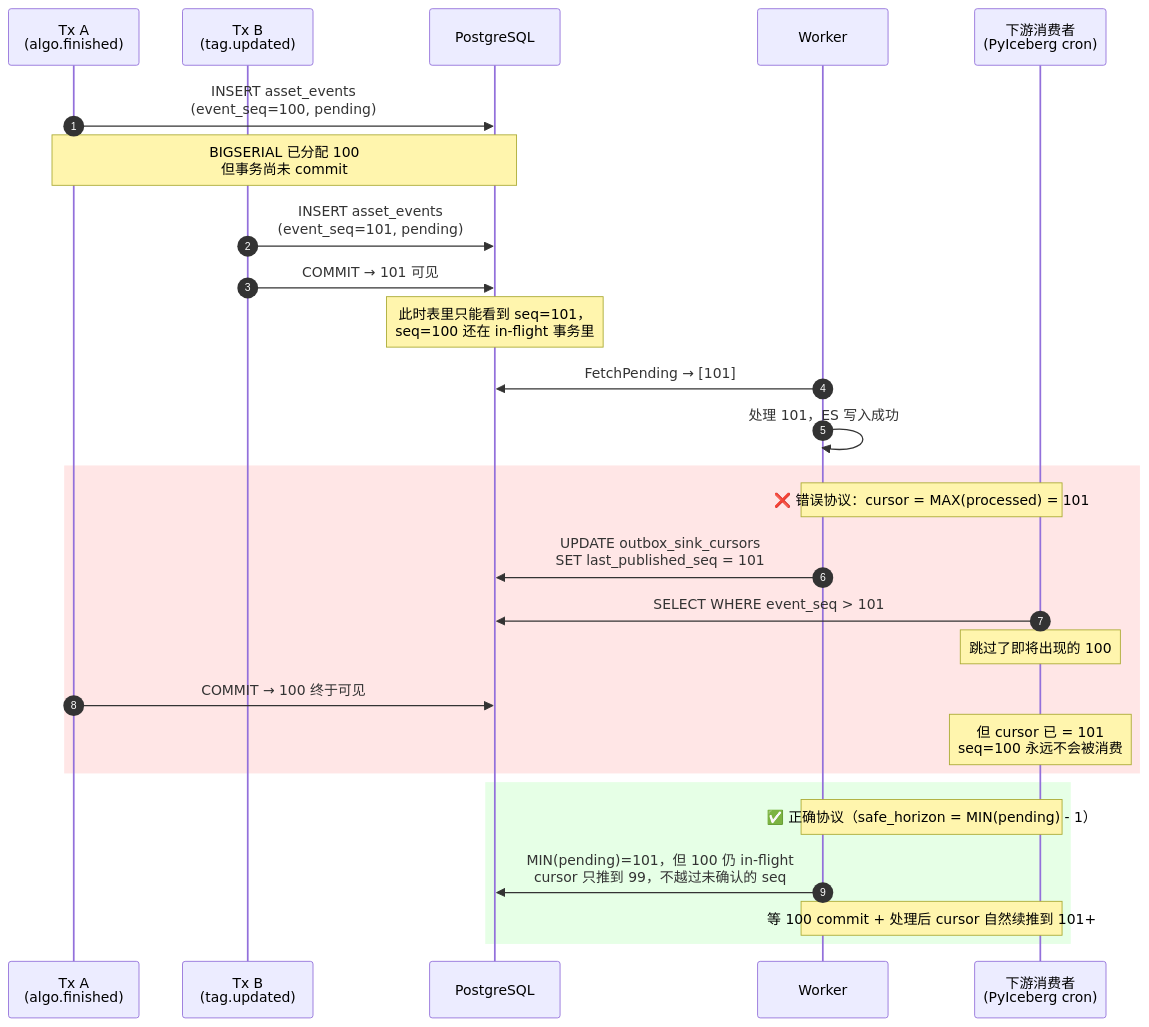
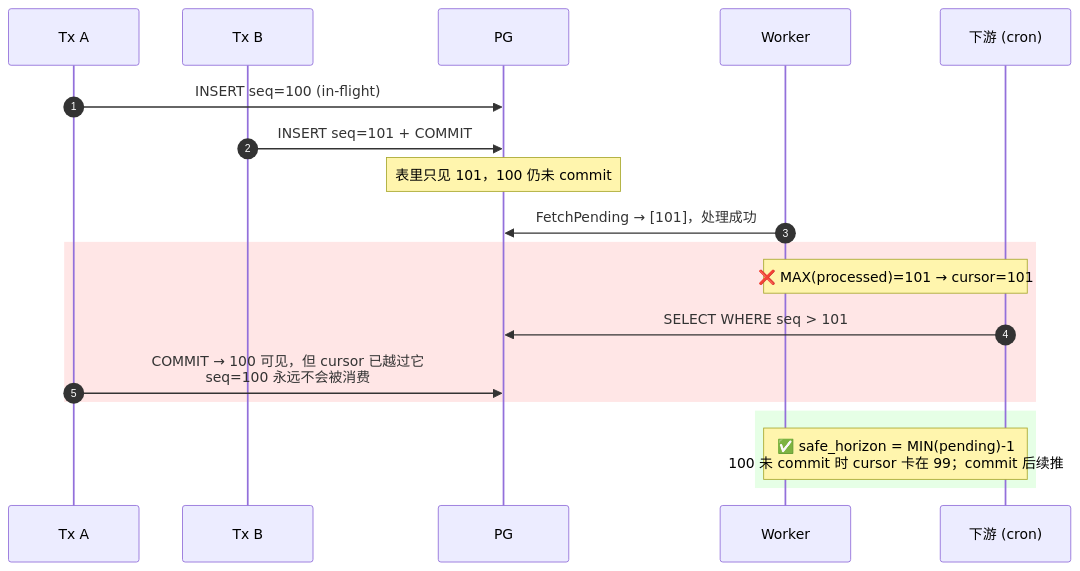
One commit to rouse2617/Databricks4robot changed the third of 4 diagrams in docs/review/outbox-worker-design.md. Above: the diagram before and after it, drawn with Mermaid. The commit also changed other lines of this file, not shown here.

First line of the commit message:
docs(outbox): trim mermaid diagrams and drop code-path references

````diff
--- a/docs/review/outbox-worker-design.md
+++ b/docs/review/outbox-worker-design.md
@@ -192,33 +140,24 @@
 ```mermaid
 sequenceDiagram
     autonumber
-    participant TxA as Tx A<br/>(algo.finished)
-    participant TxB as Tx B<br/>(tag.updated)
-    participant PG as PostgreSQL
+    participant TxA as Tx A
+    participant TxB as Tx B
+    participant PG
     participant W as Worker
-    participant DS as 下游消费者<br/>(PyIceberg cron)
+    participant DS as 下游 (cron)
 
-    TxA->>PG: INSERT asset_events<br/>(event_seq=100, pending)
-    Note over TxA,PG: BIGSERIAL 已分配 100<br/>但事务尚未 commit
-    TxB->>PG: INSERT asset_events<br/>(event_seq=101, pending)
-    TxB->>PG: COMMIT → 101 可见
-    Note over PG: 此时表里只能看到 seq=101，<br/>seq=100 还在 in-flight 事务里
-
-    W->>PG: FetchPending → [101]
-    W->>W: 处理 101，ES 写入成功
+    TxA->>PG: INSERT seq=100 (in-flight)
+    TxB->>PG: INSERT seq=101 + COMMIT
+    Note over PG: 表里只见 101，100 仍未 commit
+    W->>PG: FetchPending → [101]，处理成功
 
     rect rgb(255, 230, 230)
-    Note over W,DS: ❌ 错误协议：cursor = MAX(processed) = 101
-    W->>PG: UPDATE outbox_sink_cursors<br/>SET last_published_seq = 101
-    DS->>PG: SELECT WHERE event_seq > 101
-    Note over DS: 跳过了即将出现的 100
-    TxA->>PG: COMMIT → 100 终于可见
-    Note over DS: 但 cursor 已 = 101<br/>seq=100 永远不会被消费
+    Note over W,DS: ❌ MAX(processed)=101 → cursor=101
+    DS->>PG: SELECT WHERE seq > 101
+    TxA->>PG: COMMIT → 100 可见，但 cursor 已越过它<br/>seq=100 永远不会被消费
     end
 
     rect rgb(230, 255, 230)
-    Note over W,DS: ✅ 正确协议（safe_horizon = MIN(pending) - 1）
-    W->>PG: MIN(pending)=101，但 100 仍 in-flight<br/>cursor 只推到 99，不越过未确认的 seq
-    Note over W,DS: 等 100 commit + 处理后 cursor 自然续推到 101+
+    Note over W,DS: ✅ safe_horizon = MIN(pending)-1<br/>100 未 commit 时 cursor 卡在 99；commit 后续推
     end
 ```
````
